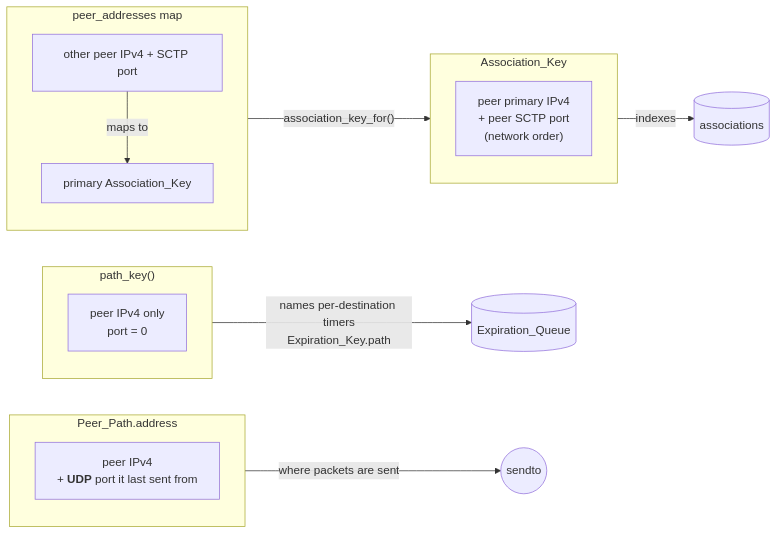
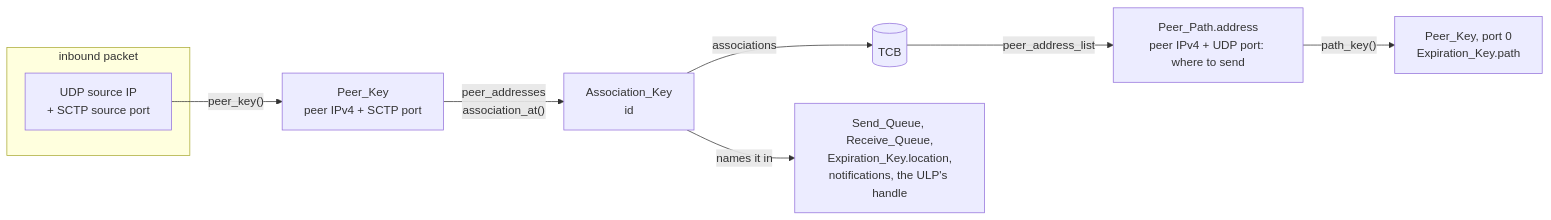
The fifth of 7 diagrams in docs/devs/01-architecture.md (ethanallenfernandez/sctp-stack), drawn with Mermaid before and after one commit. The commit also changed other lines of this file and 42 other files, not shown here.

Commit message:
Converted the association key to a more conventional uint32_t

````diff
--- a/docs/devs/01-architecture.md
+++ b/docs/devs/01-architecture.md
@@ -273,20 +276,12 @@
 ```mermaid
 flowchart LR
-    subgraph K["Association_Key"]
-        k1["peer primary IPv4<br/>+ peer SCTP port<br/>(network order)"]
+    subgraph IN["inbound packet"]
+        src["UDP source IP<br/>+ SCTP source port"]
     end
-    subgraph AL["peer_addresses map"]
-        a1["other peer IPv4 + SCTP port"] -- "maps to" --> k1b["primary Association_Key"]
-    end
-    subgraph PK["path_key()"]
-        p1["peer IPv4 only<br/>port = 0"]
-    end
-    subgraph PP["Peer_Path.address"]
-        pp1["peer IPv4<br/>+ <b>UDP</b> port it last sent from"]
-    end
-
-    K -- "indexes" --> TCB[("associations")]
-    AL -- "association_key_for()" --> K
-    PK -- "names per-destination timers<br/>Expiration_Key.path" --> T[("Expiration_Queue")]
-    PP -- "where packets are sent" --> NET(("sendto"))
+    src -- "peer_key()" --> PK["Peer_Key<br/>peer IPv4 + SCTP port"]
+    PK -- "peer_addresses<br/>association_at()" --> ID["Association_Key<br/>id"]
+    ID -- "associations" --> TCB[("TCB")]
+    ID -- "names it in" --> Q["Send_Queue, Receive_Queue,<br/>Expiration_Key.location,<br/>notifications, the ULP's handle"]
+    TCB -- "peer_address_list" --> PP["Peer_Path.address<br/>peer IPv4 + UDP port: where to send"]
+    PP -- "path_key()" --> PATH["Peer_Key, port 0<br/>Expiration_Key.path"]
 ```
````
